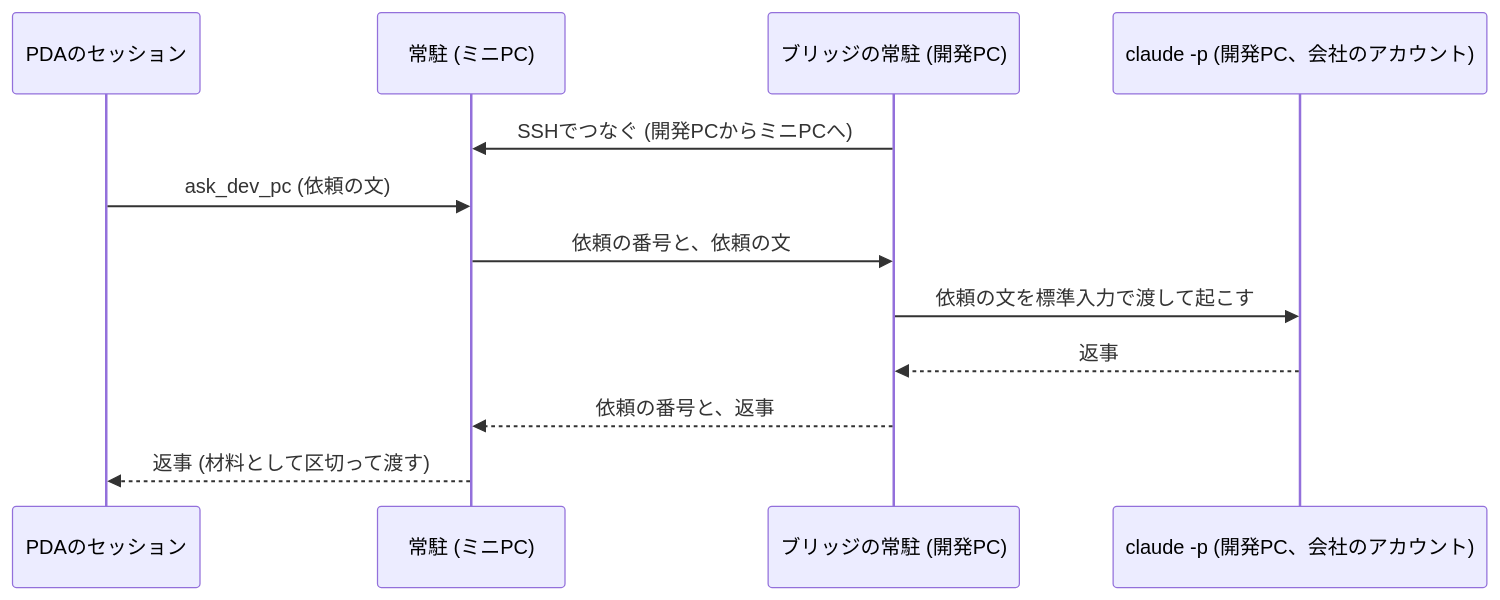
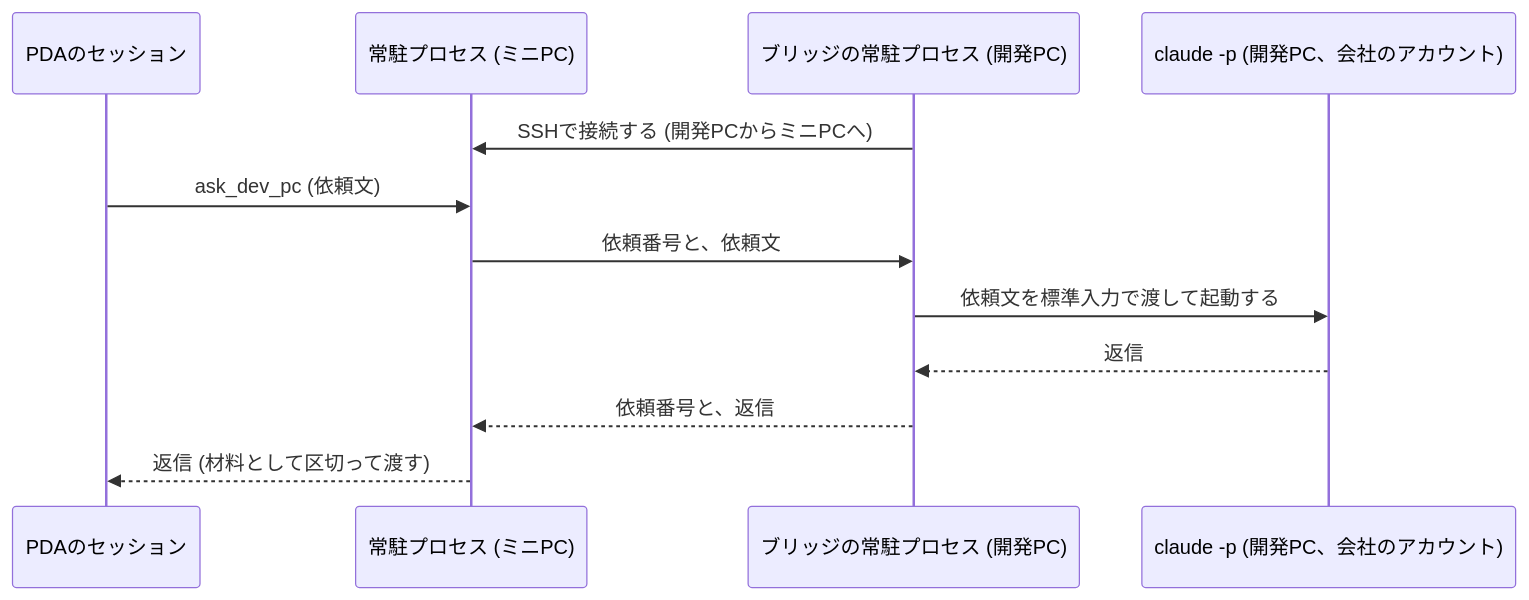
The second of 2 diagrams in docs/claude-unification/design-stage2.md (myurait/pda), drawn with Mermaid before and after one commit. The commit also changed other lines of this file and 3 other files, not shown here.

````diff
--- a/docs/claude-unification/design-stage2.md
+++ b/docs/claude-unification/design-stage2.md
@@ -154,14 +154,14 @@
 ```mermaid
 sequenceDiagram
   participant S as PDAのセッション
-  participant D as 常駐 (ミニPC)
-  participant B as ブリッジの常駐 (開発PC)
+  participant D as 常駐プロセス (ミニPC)
+  participant B as ブリッジの常駐プロセス (開発PC)
   participant C as claude -p (開発PC、会社のアカウント)
-  B->>D: SSHでつなぐ (開発PCからミニPCへ)
-  S->>D: ask_dev_pc (依頼の文)
-  D->>B: 依頼の番号と、依頼の文
-  B->>C: 依頼の文を標準入力で渡して起こす
-  C-->>B: 返事
-  B-->>D: 依頼の番号と、返事
-  D-->>S: 返事 (材料として区切って渡す)
+  B->>D: SSHで接続する (開発PCからミニPCへ)
+  S->>D: ask_dev_pc (依頼文)
+  D->>B: 依頼番号と、依頼文
+  B->>C: 依頼文を標準入力で渡して起動する
+  C-->>B: 返信
+  B-->>D: 依頼番号と、返信
+  D-->>S: 返信 (材料として区切って渡す)
 ```
````
